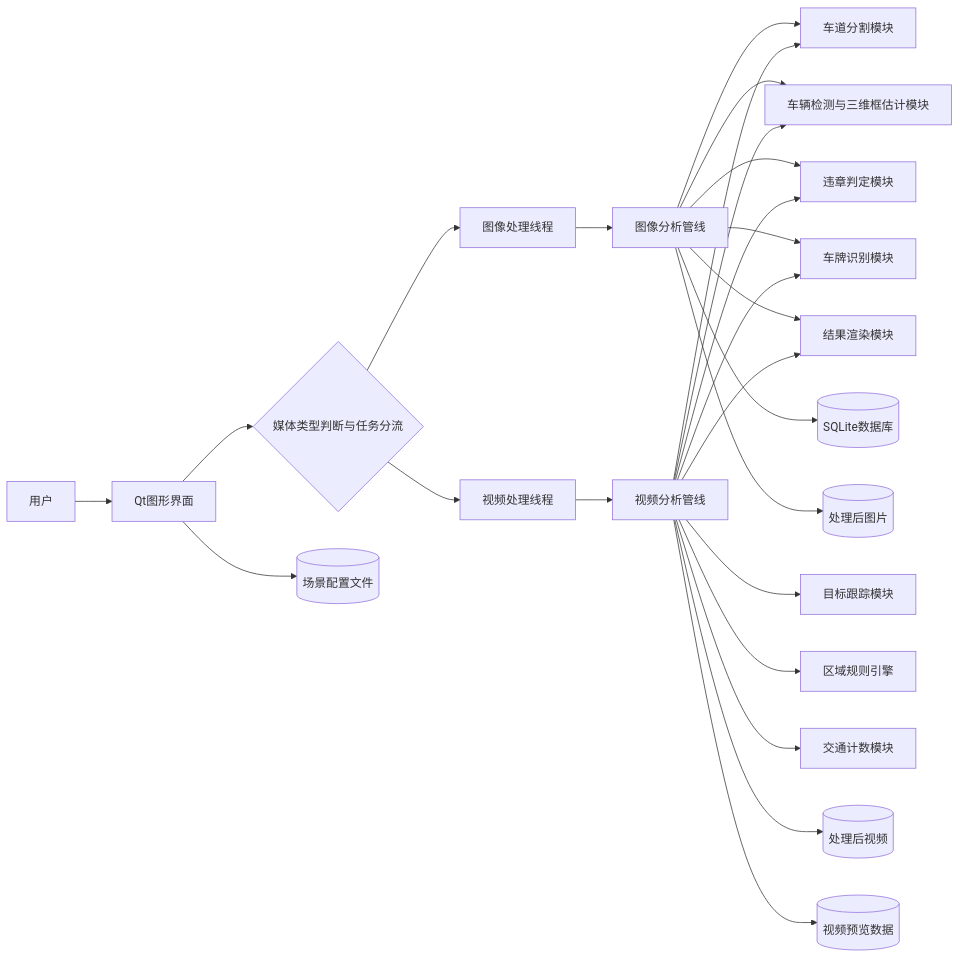
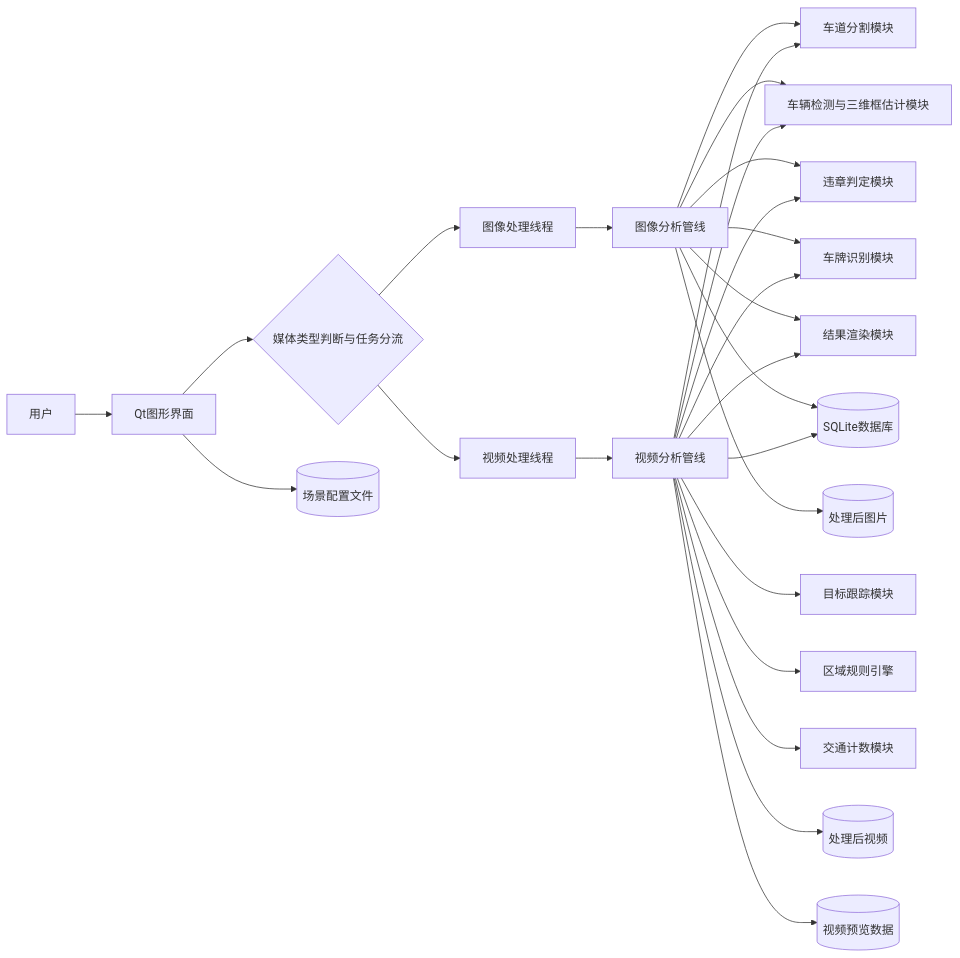
The first of 4 diagrams in thesis/chapter4_system_architecture_cn.md (yuhaolin-10/TrafficScan-Deep3DBox), drawn with Mermaid before and after one commit. The commit also changed other lines of this file and 14 other files, not shown here.

````diff
--- a/thesis/chapter4_system_architecture_cn.md
+++ b/thesis/chapter4_system_architecture_cn.md
@@ -13,32 +13,33 @@
 ```mermaid
 flowchart LR
     U[用户] --> GUI[Qt图形界面]
 
     GUI --> X{媒体类型判断与任务分流}
     X --> W1[图像处理线程]
     X --> W2[视频处理线程]
 
     W1 --> P1[图像分析管线]
     W2 --> P2[视频分析管线]
 
     P1 --> L[车道分割模块]
     P1 --> D[车辆检测与三维框估计模块]
     P1 --> V[违章判定模块]
     P1 --> O[车牌识别模块]
     P1 --> R[结果渲染模块]
 
     P2 --> L
     P2 --> D
     P2 --> V
     P2 --> O
     P2 --> T[目标跟踪模块]
     P2 --> RR[区域规则引擎]
     P2 --> C[交通计数模块]
     P2 --> R
 
     P1 --> DB[(SQLite数据库)]
+    P2 --> DB
     GUI --> CFG[(场景配置文件)]
     P1 --> IMG[(处理后图片)]
     P2 --> VID[(处理后视频)]
     P2 --> PRE[(视频预览数据)]
 ```
````
